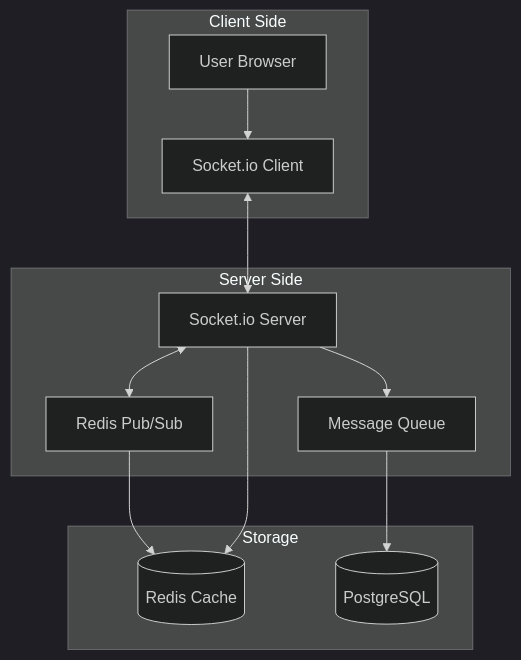
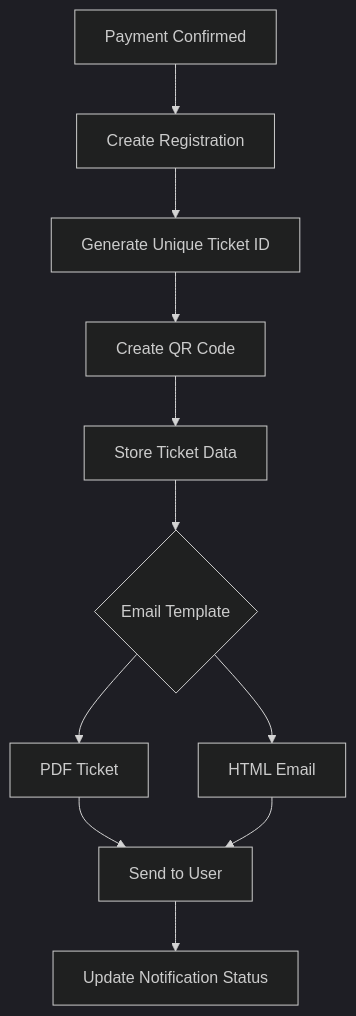
One commit to Deimos999/Web-dev changed the fourth of 6 diagrams in Project/README.md. Above: the diagram before and after it, drawn with Mermaid (dark theme). The commit also changed other lines of this file, not shown here.

````diff
--- a/Project/README.md
+++ b/Project/README.md
@@ -161,26 +170,13 @@
 ```mermaid
 graph TB
-    subgraph "Client Side"
-        A[User Browser]
-        B[Socket.io Client]
-    end
-    
-    subgraph "Server Side"
-        C[Socket.io Server]
-        D[Redis Pub/Sub]
-        E[Message Queue]
-    end
-    
-    subgraph "Storage"
-        F[(Redis Cache)]
-        G[(PostgreSQL)]
-    end
-    
-    A --> B
-    B <--> C
-    C <--> D
-    C --> E
-    D --> F
-    E --> G
-    C --> F
+    A[Payment Confirmed] --> B[Create Registration]
+    B --> C[Generate Unique Ticket ID]
+    C --> D[Create QR Code]
+    D --> E[Store Ticket Data]
+    E --> F{Email Template}
+    F --> G[PDF Ticket]
+    F --> H[HTML Email]
+    G --> I[Send to User]
+    H --> I
+    I --> J[Update Notification Status]
 ```
````
